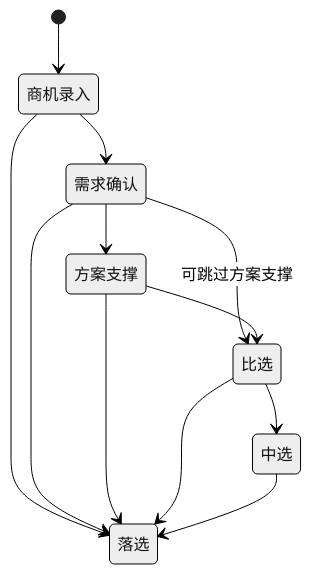
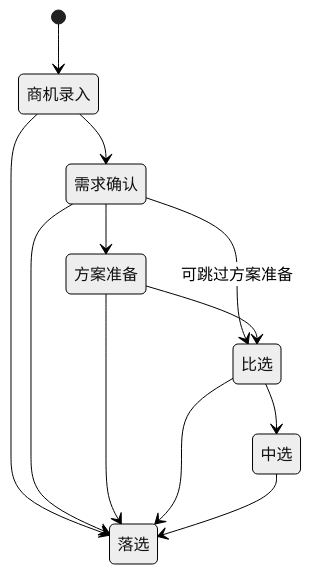
Before and after one commit to Joker-1030/Yingjia-Internal-Management-System: the first of 3 diagrams in prd-workspace/current/shared/04-core-objects-and-states.md, drawn with Mermaid (neutral theme). The commit also changed other lines of this file and 63 other files, not shown here.

````diff
--- a/prd-workspace/current/shared/04-core-objects-and-states.md
+++ b/prd-workspace/current/shared/04-core-objects-and-states.md
@@ -52,14 +52,14 @@
 ```mermaid
 stateDiagram-v2
     [*] --> 商机录入
     商机录入 --> 需求确认
-    需求确认 --> 方案支撑
-    需求确认 --> 比选: 可跳过方案支撑
-    方案支撑 --> 比选
+    需求确认 --> 方案准备
+    需求确认 --> 比选: 可跳过方案准备
+    方案准备 --> 比选
     比选 --> 中选
     商机录入 --> 落选
     需求确认 --> 落选
-    方案支撑 --> 落选
+    方案准备 --> 落选
     比选 --> 落选
     中选 --> 落选
 ```
````
